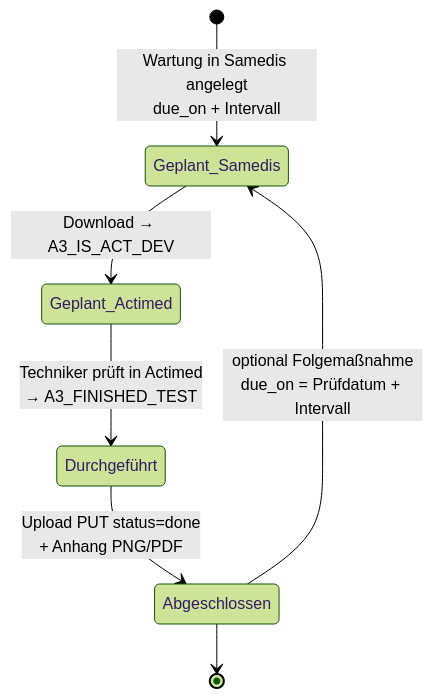
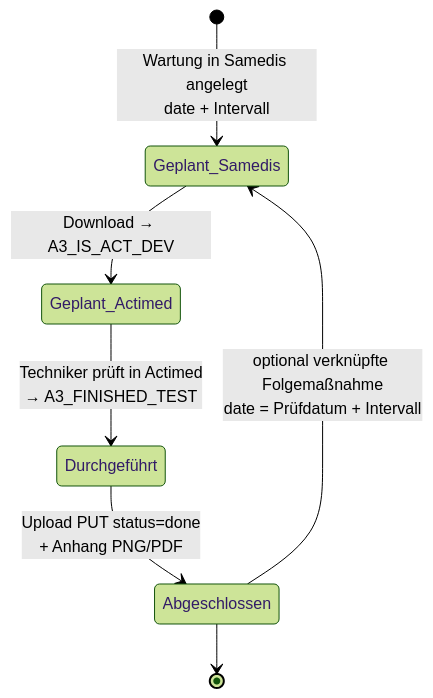
Before and after one commit to Samedis-care/samedis-care-spl-sync: the third of 3 diagrams in README.md, drawn with Mermaid (forest theme). The commit also changed other lines of this file and 13 other files, not shown here.

````diff
--- a/README.md
+++ b/README.md
@@ -134,9 +134,9 @@
 ```mermaid
 stateDiagram-v2
-  [*] --> Geplant_Samedis: Wartung in Samedis angelegt<br/>due_on + Intervall
+  [*] --> Geplant_Samedis: Wartung in Samedis angelegt<br/>date + Intervall
   Geplant_Samedis --> Geplant_Actimed: Download → A3_IS_ACT_DEV
   Geplant_Actimed --> Durchgeführt: Techniker prüft in Actimed<br/>→ A3_FINISHED_TEST
   Durchgeführt --> Abgeschlossen: Upload PUT status=done<br/>+ Anhang PNG/PDF
-  Abgeschlossen --> Geplant_Samedis: optional Folgemaßnahme<br/>due_on = Prüfdatum + Intervall
+  Abgeschlossen --> Geplant_Samedis: optional verknüpfte Folgemaßnahme<br/>date = Prüfdatum + Intervall
   Abgeschlossen --> [*]
 ```
````
